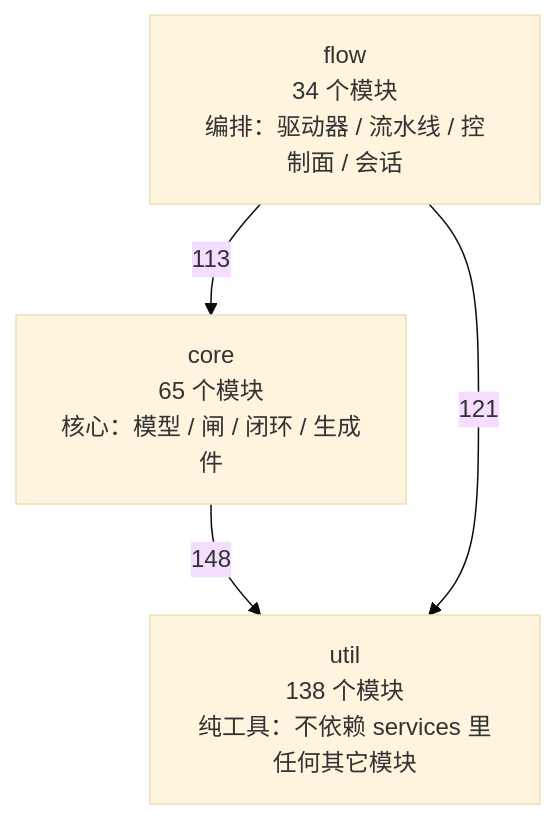
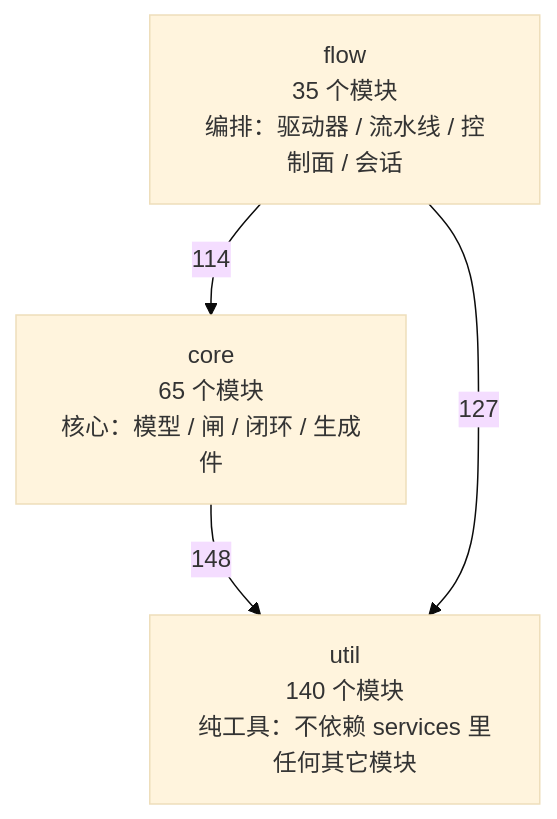
Before and after one commit to 2686521696/WhyBuddy: the first of 4 diagrams in docs/SlideRule V6.2 架构图（自动生成）.md, drawn with Mermaid (base theme). The commit also changed other lines of this file and 18 other files, not shown here.

````diff
--- a/docs/SlideRule V6.2 架构图（自动生成）.md
+++ b/docs/SlideRule V6.2 架构图（自动生成）.md
@@ -50,9 +50,9 @@
 ```mermaid
 flowchart TB
-  util["util<br/>138 个模块<br/>纯工具：不依赖 services 里任何其它模块"]
+  util["util<br/>140 个模块<br/>纯工具：不依赖 services 里任何其它模块"]
   core["core<br/>65 个模块<br/>核心：模型 / 闸 / 闭环 / 生成件"]
-  flow["flow<br/>34 个模块<br/>编排：驱动器 / 流水线 / 控制面 / 会话"]
+  flow["flow<br/>35 个模块<br/>编排：驱动器 / 流水线 / 控制面 / 会话"]
   core -->|148| util
-  flow -->|113| core
-  flow -->|121| util
+  flow -->|114| core
+  flow -->|127| util
 ```
````
